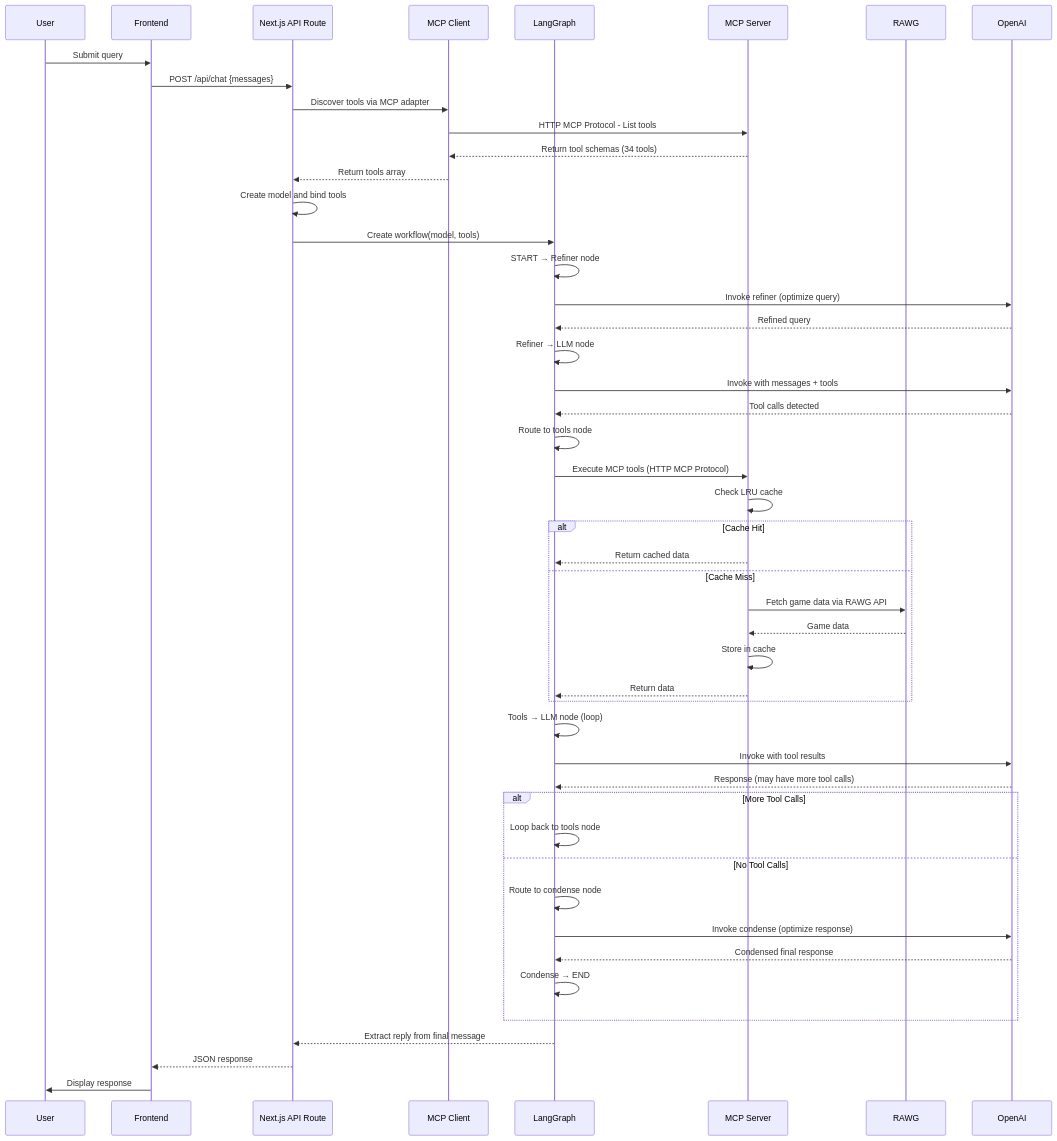
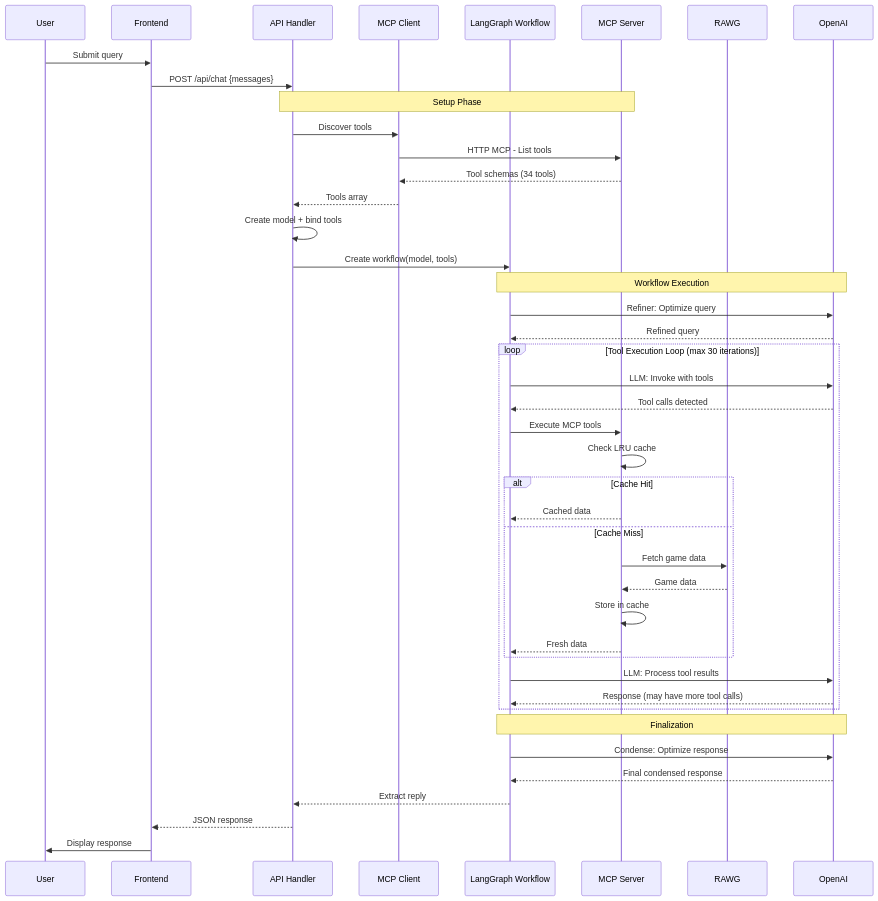
The third of 3 diagrams in README.md (ShawnZong/amazing-game-analytics-ai-chatbot), drawn with Mermaid before and after one commit. The commit also changed other lines of this file, not shown here.

Commit message:
refactor: update architecture diagrams and enhance LangGraph workflow details in README

````diff
--- a/README.md
+++ b/README.md
@@ -136,51 +164,51 @@
 ```mermaid
 sequenceDiagram
     participant User
     participant Frontend
-    participant API as Next.js API Route
+    participant API as API Handler
     participant MCPClient as MCP Client
-    participant LangGraph
+    participant Workflow as LangGraph Workflow
     participant MCP as MCP Server
     participant RAWG
     participant LLM as OpenAI
 
     User->>Frontend: Submit query
     Frontend->>API: POST /api/chat {messages}
-    API->>MCPClient: Discover tools via MCP adapter
-    MCPClient->>MCP: HTTP MCP Protocol - List tools
-    MCP-->>MCPClient: Return tool schemas (34 tools)
-    MCPClient-->>API: Return tools array
-    API->>API: Create model and bind tools
-    API->>LangGraph: Create workflow(model, tools)
-    LangGraph->>LangGraph: START → Refiner node
-    LangGraph->>LLM: Invoke refiner (optimize query)
-    LLM-->>LangGraph: Refined query
-    LangGraph->>LangGraph: Refiner → LLM node
-    LangGraph->>LLM: Invoke with messages + tools
-    LLM-->>LangGraph: Tool calls detected
-    LangGraph->>LangGraph: Route to tools node
-    LangGraph->>MCP: Execute MCP tools (HTTP MCP Protocol)
-    MCP->>MCP: Check LRU cache
-    alt Cache Hit
-        MCP-->>LangGraph: Return cached data
-    else Cache Miss
-        MCP->>RAWG: Fetch game data via RAWG API
-        RAWG-->>MCP: Game data
-        MCP->>MCP: Store in cache
-        MCP-->>LangGraph: Return data
+
+    Note over API,MCP: Setup Phase
+    API->>MCPClient: Discover tools
+    MCPClient->>MCP: HTTP MCP - List tools
+    MCP-->>MCPClient: Tool schemas (34 tools)
+    MCPClient-->>API: Tools array
+    API->>API: Create model + bind tools
+    API->>Workflow: Create workflow(model, tools)
+
+    Note over Workflow,LLM: Workflow Execution
+    Workflow->>LLM: Refiner: Optimize query
+    LLM-->>Workflow: Refined query
+
+    loop Tool Execution Loop (max 30 iterations)
+        Workflow->>LLM: LLM: Invoke with tools
+        LLM-->>Workflow: Tool calls detected
+        Workflow->>MCP: Execute MCP tools
+        MCP->>MCP: Check LRU cache
+        alt Cache Hit
+            MCP-->>Workflow: Cached data
+        else Cache Miss
+            MCP->>RAWG: Fetch game data
+            RAWG-->>MCP: Game data
+            MCP->>MCP: Store in cache
+            MCP-->>Workflow: Fresh data
+        end
+        Workflow->>LLM: LLM: Process tool results
+        LLM-->>Workflow: Response (may have more tool calls)
     end
-    LangGraph->>LangGraph: Tools → LLM node (loop)
-    LangGraph->>LLM: Invoke with tool results
-    LLM-->>LangGraph: Response (may have more tool calls)
-    alt More Tool Calls
-        LangGraph->>LangGraph: Loop back to tools node
-    else No Tool Calls
-        LangGraph->>LangGraph: Route to condense node
-        LangGraph->>LLM: Invoke condense (optimize response)
-        LLM-->>LangGraph: Condensed final response
-        LangGraph->>LangGraph: Condense → END
-    end
-    LangGraph-->>API: Extract reply from final message
+
+    Note over Workflow,LLM: Finalization
+    Workflow->>LLM: Condense: Optimize response
+    LLM-->>Workflow: Final condensed response
+    Workflow-->>API: Extract reply
+
     API-->>Frontend: JSON response
     Frontend->>User: Display response
 ```
````
